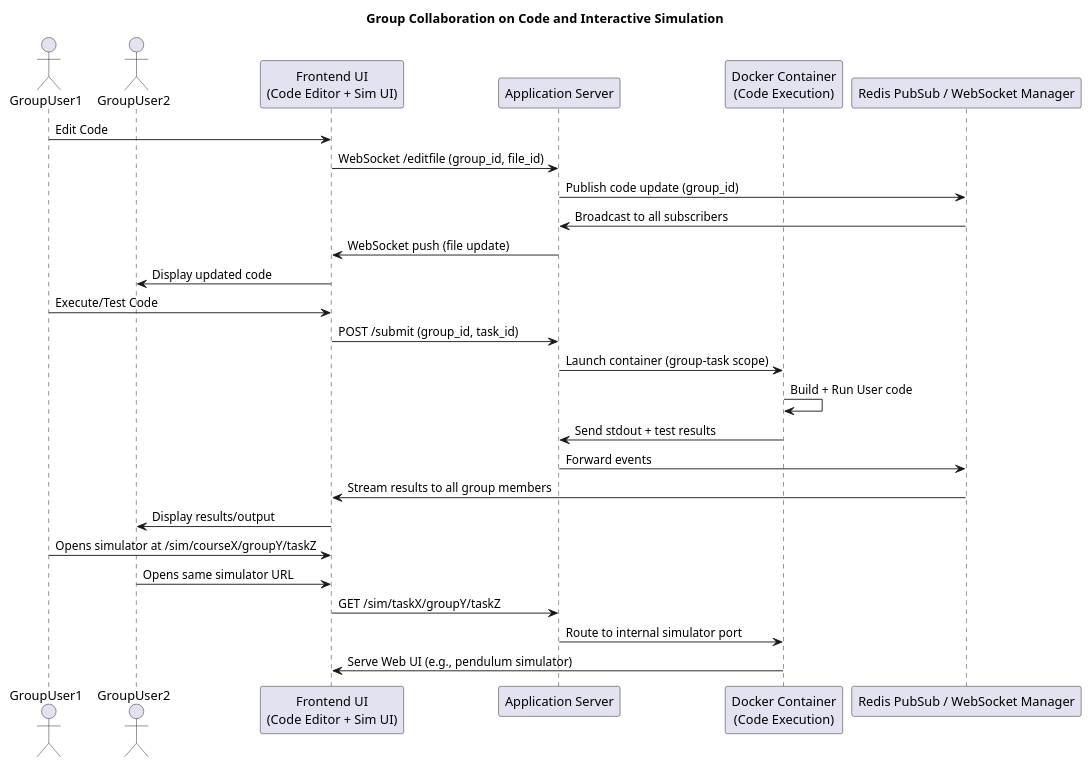
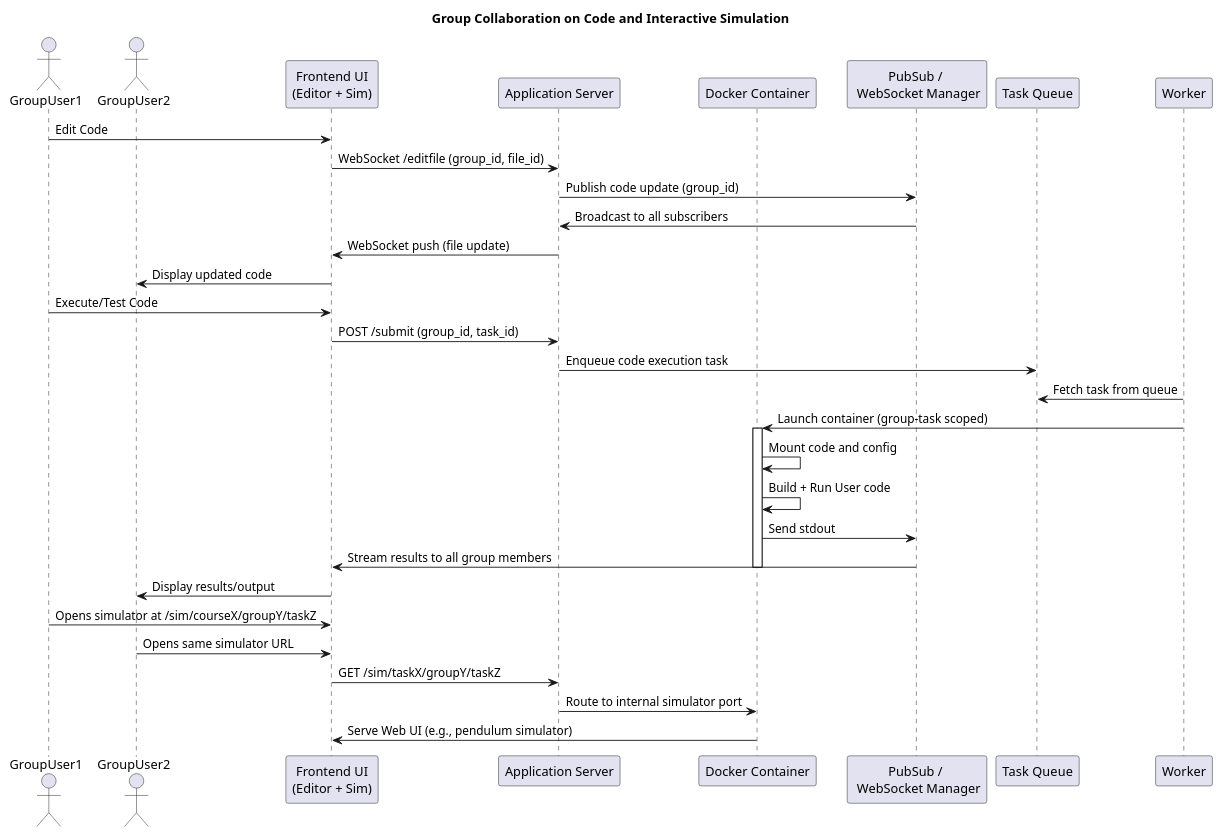
One commit to Hayzenpup/design-playground changed the diagram in codespace/sequence-collab.puml. Above: the diagram before and after it, drawn with PlantUML. The commit also changed 1 other file, not shown here.

Commit message:
codespace: seqeunce diagrams

```diff
--- a/codespace/sequence-collab.puml
+++ b/codespace/sequence-collab.puml
@@ -1,37 +1,44 @@
 @startuml
 title Group Collaboration on Code and Interactive Simulation
 
 actor GroupUser1
 actor GroupUser2
 
-participant "Frontend UI\n(Code Editor + Sim UI)" as UI
+participant "Frontend UI\n(Editor + Sim)" as UI
 participant "Application Server" as Backend
-participant "Docker Container\n(Code Execution)" as Container
-participant "Redis PubSub / WebSocket Manager" as WS
+participant "Docker Container" as Container
+participant "PubSub / \n WebSocket Manager" as WS
+participant "Task Queue" as Redis
+participant "Worker" as Worker
 
 
 GroupUser1 -> UI : Edit Code
 UI -> Backend : WebSocket /editfile (group_id, file_id)
 Backend -> WS : Publish code update (group_id)
 WS -> Backend : Broadcast to all subscribers
 Backend -> UI : WebSocket push (file update)
 UI -> GroupUser2 : Display updated code
 
 ' ======= Execute/Test Code=====
 GroupUser1 -> UI : Execute/Test Code
 UI -> Backend : POST /submit (group_id, task_id)
-Backend -> Container : Launch container (group-task scope)
+Backend -> Redis : Enqueue code execution task
+Worker -> Redis : Fetch task from queue
+Worker -> Container : Launch container (group-task scoped)
+activate Container
+
+Container -> Container : Mount code and config
 Container -> Container : Build + Run User code
-Container -> Backend : Send stdout + test results
-Backend -> WS : Forward events
+Container -> WS : Send stdout
 WS -> UI : Stream results to all group members
+deactivate Container
+
 UI -> GroupUser2 : Display results/output
-
 
 GroupUser1 -> UI : Opens simulator at /sim/courseX/groupY/taskZ
 GroupUser2 -> UI : Opens same simulator URL
 UI -> Backend : GET /sim/taskX/groupY/taskZ
 Backend -> Container : Route to internal simulator port
 Container -> UI : Serve Web UI (e.g., pendulum simulator)
 
 @enduml
```
